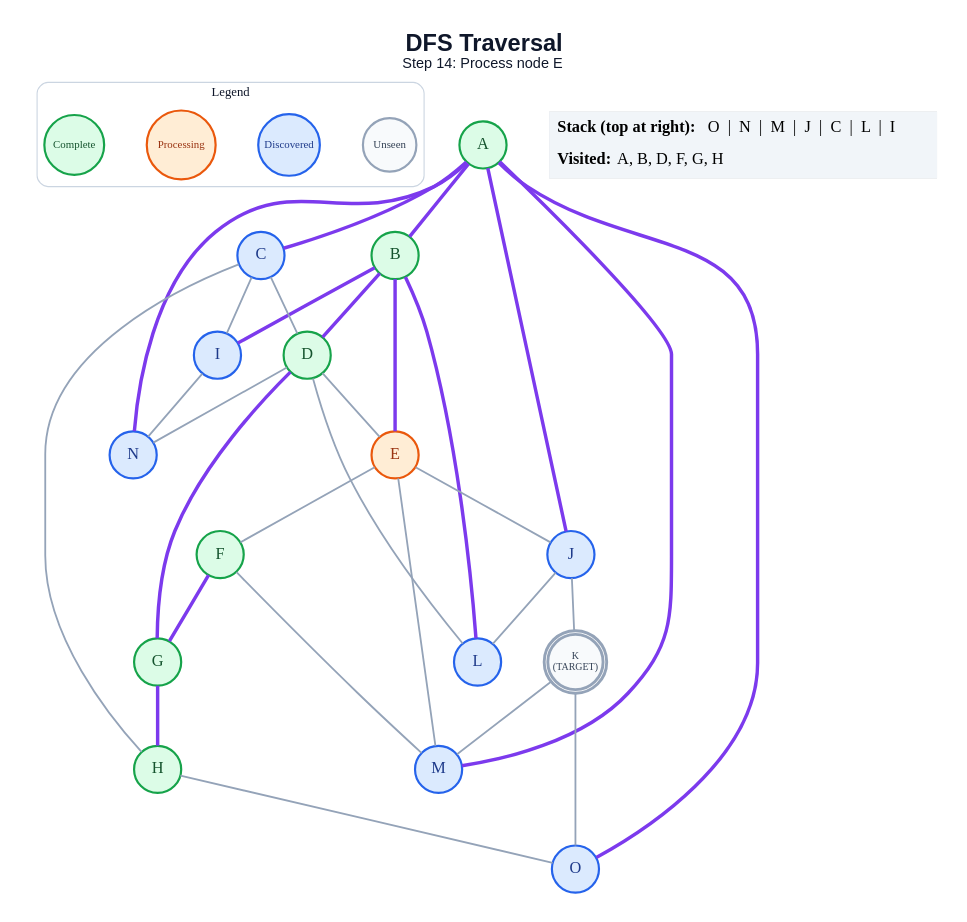
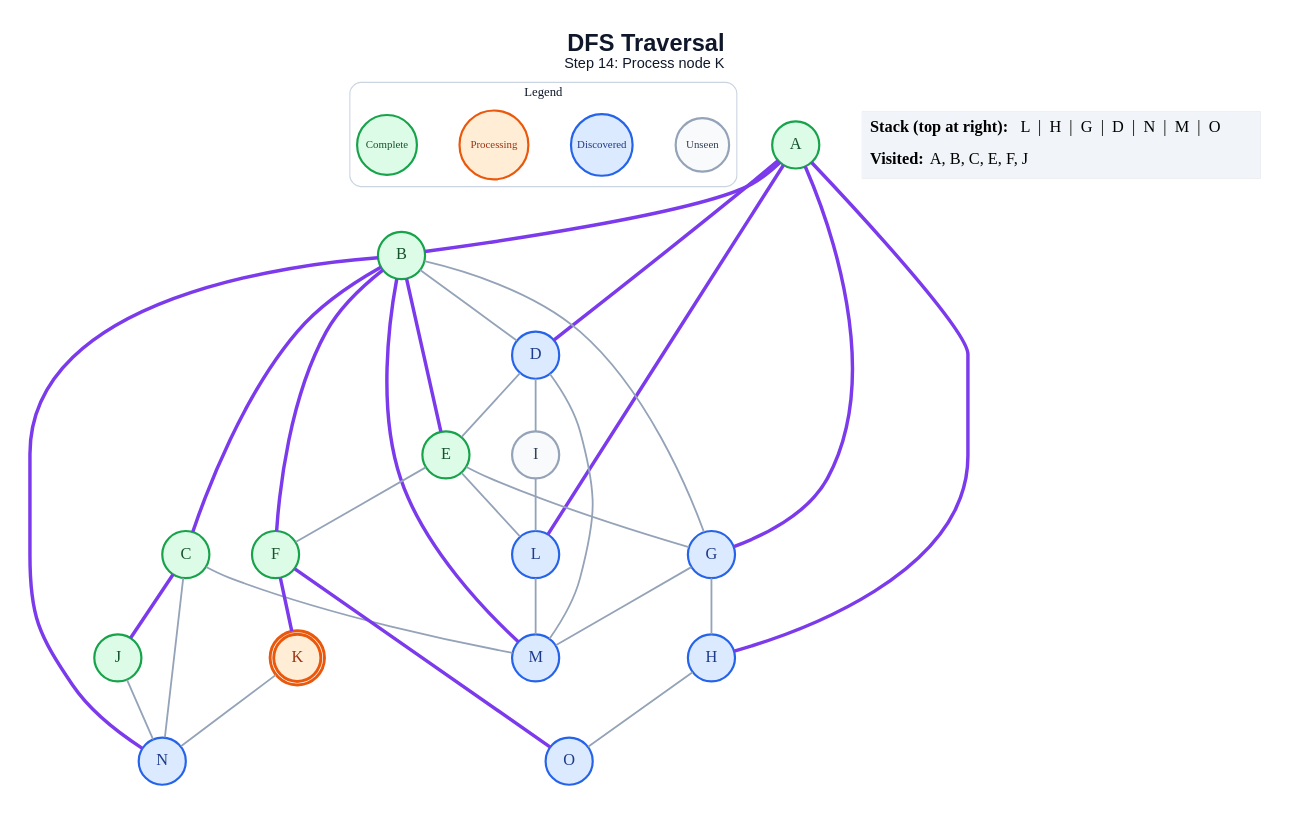
One commit to anon7238593-create/ai-slop changed the diagram in generated/dfs/step_14.dot. Above: the diagram before and after it, drawn with Graphviz. The commit also changed 328 other files, not shown here.

```diff
--- a/generated/dfs/step_14.dot
+++ b/generated/dfs/step_14.dot
@@ -1,63 +1,64 @@
 graph traversal {
   graph [layout=dot, rankdir=TB, bgcolor="#FFFFFF", pad="0.35", nodesep="0.65", ranksep="0.8", fontname="Arial"];
   node [shape=circle, style="filled", fontname="Arial Bold", fontsize=18, width=0.72, fixedsize=true, penwidth=2.4];
   edge [color="#94A3B8", penwidth=2.0];
-  label=<<B>DFS Traversal</B><BR/><FONT POINT-SIZE="16">Step 14: Process node E</FONT>>; labelloc="t"; fontsize=26; fontname="Arial"; fontcolor="#0F172A";
+  label=<<B>DFS Traversal</B><BR/><FONT POINT-SIZE="16">Step 14: Process node K</FONT>>; labelloc="t"; fontsize=26; fontname="Arial"; fontcolor="#0F172A";
   subgraph cluster_legend { label="Legend"; color="#CBD5E1"; penwidth=1.2; style="rounded"; fontsize=14; fontname="Arial Bold";
     key_unseen [label="Unseen", fillcolor="#F8FAFC", color="#94A3B8", fontcolor="#334155", fontsize=12, width=0.82];
     key_frontier [label="Discovered", fillcolor="#DBEAFE", color="#2563EB", fontcolor="#1E3A8A", fontsize=12, width=0.95];
     key_current [label="Processing", fillcolor="#FFEDD5", color="#EA580C", fontcolor="#9A3412", fontsize=12, width=1.05];
     key_done [label="Complete", fillcolor="#DCFCE7", color="#16A34A", fontcolor="#14532D", fontsize=12, width=0.92];
     { rank=same; key_unseen; key_frontier; key_current; key_done; }
   }
   A [label="A", fillcolor="#DCFCE7", color="#16A34A", fontcolor="#14532D", peripheries=1, penwidth=2.4];
   B [label="B", fillcolor="#DCFCE7", color="#16A34A", fontcolor="#14532D", peripheries=1, penwidth=2.4];
-  C [label="C", fillcolor="#DBEAFE", color="#2563EB", fontcolor="#1E3A8A", peripheries=1, penwidth=2.4];
-  D [label="D", fillcolor="#DCFCE7", color="#16A34A", fontcolor="#14532D", peripheries=1, penwidth=2.4];
-  E [label="E", fillcolor="#FFEDD5", color="#EA580C", fontcolor="#9A3412", peripheries=1, penwidth=2.4];
+  C [label="C", fillcolor="#DCFCE7", color="#16A34A", fontcolor="#14532D", peripheries=1, penwidth=2.4];
+  D [label="D", fillcolor="#DBEAFE", color="#2563EB", fontcolor="#1E3A8A", peripheries=1, penwidth=2.4];
+  E [label="E", fillcolor="#DCFCE7", color="#16A34A", fontcolor="#14532D", peripheries=1, penwidth=2.4];
   F [label="F", fillcolor="#DCFCE7", color="#16A34A", fontcolor="#14532D", peripheries=1, penwidth=2.4];
-  G [label="G", fillcolor="#DCFCE7", color="#16A34A", fontcolor="#14532D", peripheries=1, penwidth=2.4];
-  H [label="H", fillcolor="#DCFCE7", color="#16A34A", fontcolor="#14532D", peripheries=1, penwidth=2.4];
-  I [label="I", fillcolor="#DBEAFE", color="#2563EB", fontcolor="#1E3A8A", peripheries=1, penwidth=2.4];
-  J [label="J", fillcolor="#DBEAFE", color="#2563EB", fontcolor="#1E3A8A", peripheries=1, penwidth=2.4];
-  K [label="K\n(TARGET)", fillcolor="#F8FAFC", color="#94A3B8", fontcolor="#334155", peripheries=2, penwidth=3.2, fontsize=11, width=0.85, height=0.85];
+  G [label="G", fillcolor="#DBEAFE", color="#2563EB", fontcolor="#1E3A8A", peripheries=1, penwidth=2.4];
+  H [label="H", fillcolor="#DBEAFE", color="#2563EB", fontcolor="#1E3A8A", peripheries=1, penwidth=2.4];
+  I [label="I", fillcolor="#F8FAFC", color="#94A3B8", fontcolor="#334155", peripheries=1, penwidth=2.4];
+  J [label="J", fillcolor="#DCFCE7", color="#16A34A", fontcolor="#14532D", peripheries=1, penwidth=2.4];
+  K [label="K", fillcolor="#FFEDD5", color="#EA580C", fontcolor="#9A3412", peripheries=2, penwidth=3.2];
   L [label="L", fillcolor="#DBEAFE", color="#2563EB", fontcolor="#1E3A8A", peripheries=1, penwidth=2.4];
   M [label="M", fillcolor="#DBEAFE", color="#2563EB", fontcolor="#1E3A8A", peripheries=1, penwidth=2.4];
   N [label="N", fillcolor="#DBEAFE", color="#2563EB", fontcolor="#1E3A8A", peripheries=1, penwidth=2.4];
   O [label="O", fillcolor="#DBEAFE", color="#2563EB", fontcolor="#1E3A8A", peripheries=1, penwidth=2.4];
   A -- B [color="#7C3AED", penwidth=3.8];
-  A -- C [color="#7C3AED", penwidth=3.8];
-  A -- J [color="#7C3AED", penwidth=3.8];
-  A -- M [color="#7C3AED", penwidth=3.8];
-  A -- N [color="#7C3AED", penwidth=3.8];
-  A -- O [color="#7C3AED", penwidth=3.8];
-  B -- D [color="#7C3AED", penwidth=3.8];
+  A -- D [color="#7C3AED", penwidth=3.8];
+  A -- G [color="#7C3AED", penwidth=3.8];
+  A -- H [color="#7C3AED", penwidth=3.8];
+  A -- L [color="#7C3AED", penwidth=3.8];
+  B -- C [color="#7C3AED", penwidth=3.8];
+  B -- D;
   B -- E [color="#7C3AED", penwidth=3.8];
-  B -- I [color="#7C3AED", penwidth=3.8];
-  B -- L [color="#7C3AED", penwidth=3.8];
-  C -- D;
-  C -- H;
-  C -- I;
+  B -- F [color="#7C3AED", penwidth=3.8];
+  B -- G;
+  B -- M [color="#7C3AED", penwidth=3.8];
+  B -- N [color="#7C3AED", penwidth=3.8];
+  C -- J [color="#7C3AED", penwidth=3.8];
+  C -- M;
+  C -- N;
   D -- E;
-  D -- G [color="#7C3AED", penwidth=3.8];
-  D -- L;
-  D -- N;
+  D -- I;
+  D -- M;
   E -- F;
-  E -- J;
-  E -- M;
-  F -- G [color="#7C3AED", penwidth=3.8];
-  F -- M;
-  G -- H [color="#7C3AED", penwidth=3.8];
+  E -- G;
+  E -- L;
+  F -- K [color="#7C3AED", penwidth=3.8];
+  F -- O [color="#7C3AED", penwidth=3.8];
+  G -- H;
+  G -- M;
   H -- O;
-  I -- N;
-  J -- K;
-  J -- L;
-  K -- M;
-  K -- O;
+  I -- L;
+  J -- N;
+  K -- N;
+  L -- M;
   status [shape=plain, fixedsize=false, width=0, height=0, margin=0, label=<
     <TABLE BORDER="0" CELLBORDER="0" CELLPADDING="7" BGCOLOR="#F1F5F9">
-      <TR><TD ALIGN="LEFT"><B>Stack (top at right):</B> O  |  N  |  M  |  J  |  C  |  L  |  I</TD></TR>
-      <TR><TD ALIGN="LEFT"><B>Visited:</B> A, B, D, F, G, H</TD></TR>
+      <TR><TD ALIGN="LEFT"><B>Stack (top at right):</B> L  |  H  |  G  |  D  |  N  |  M  |  O</TD></TR>
+      <TR><TD ALIGN="LEFT"><B>Visited:</B> A, B, C, E, F, J</TD></TR>
     </TABLE>
   >];
 }
```
